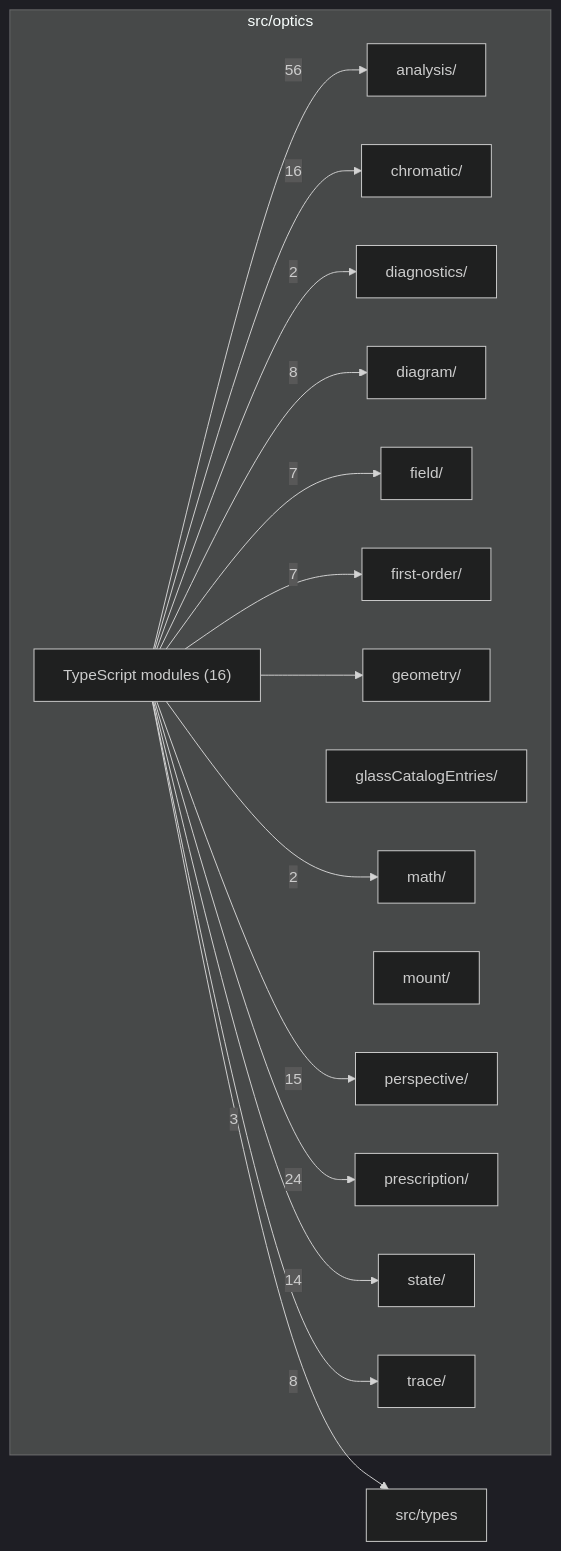
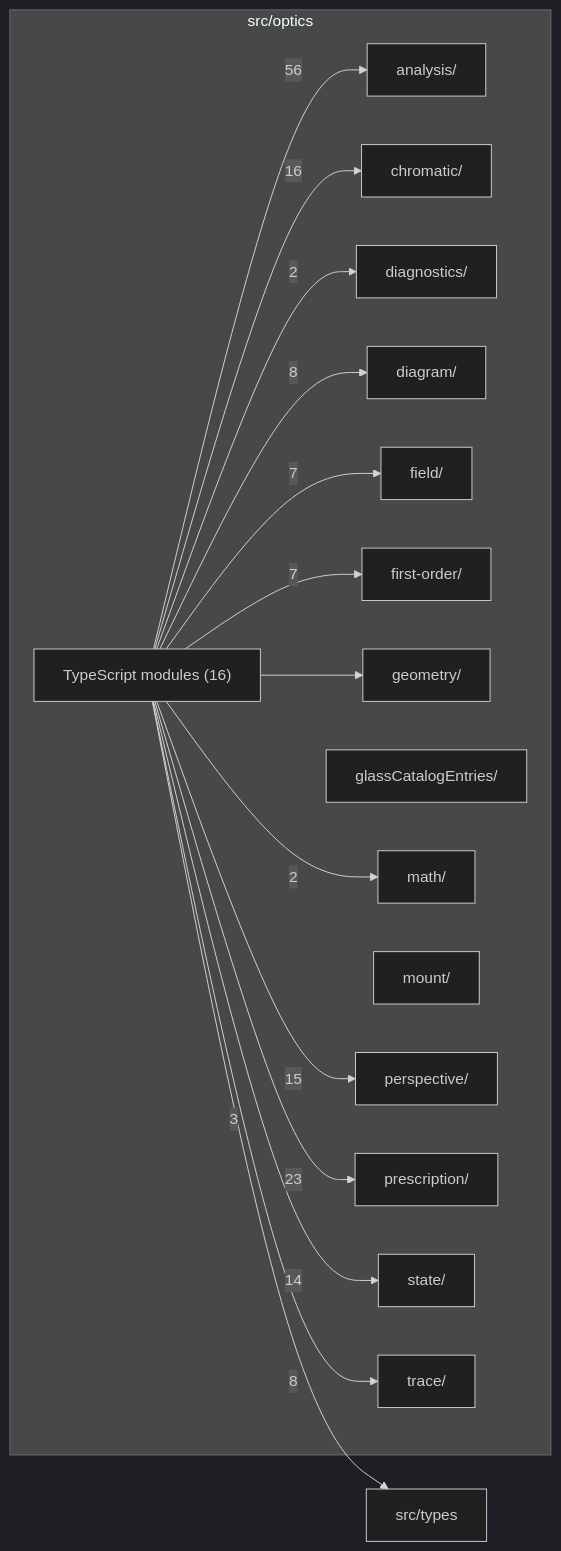
The diagram in src/optics/readme.md (ronbuening/LensVisualizer), drawn with Mermaid (dark theme) before and after one commit. The commit also changed other lines of this file and 52 other files, not shown here.

````diff
--- a/src/optics/readme.md
+++ b/src/optics/readme.md
@@ -9,34 +9,34 @@
 ```mermaid
 flowchart LR
   subgraph n_src_optics["src/optics"]
     n_src_optics_src_optics_analysis["analysis/"]
     n_src_optics_src_optics_chromatic["chromatic/"]
     n_src_optics_src_optics_diagnostics["diagnostics/"]
     n_src_optics_src_optics_diagram["diagram/"]
     n_src_optics_src_optics_field["field/"]
     n_src_optics_src_optics_first_order["first-order/"]
     n_src_optics_src_optics_geometry["geometry/"]
     n_src_optics_src_optics_glassCatalogEntries["glassCatalogEntries/"]
     n_src_optics_src_optics_math["math/"]
     n_src_optics_src_optics_mount["mount/"]
     n_src_optics_src_optics_perspective["perspective/"]
     n_src_optics_src_optics_prescription["prescription/"]
     n_src_optics_src_optics_state["state/"]
     n_src_optics_src_optics_trace["trace/"]
     n_src_optics_TypeScript_modules["TypeScript modules (16)"]
   end
   n_external_src_types["src/types"]
   n_src_optics_TypeScript_modules --> |56| n_src_optics_src_optics_analysis
-  n_src_optics_TypeScript_modules --> |24| n_src_optics_src_optics_prescription
+  n_src_optics_TypeScript_modules --> |23| n_src_optics_src_optics_prescription
   n_src_optics_TypeScript_modules --> |16| n_src_optics_src_optics_chromatic
   n_src_optics_TypeScript_modules --> |15| n_src_optics_src_optics_perspective
   n_src_optics_TypeScript_modules --> |14| n_src_optics_src_optics_state
   n_src_optics_TypeScript_modules --> |8| n_src_optics_src_optics_diagram
   n_src_optics_TypeScript_modules --> |8| n_src_optics_src_optics_trace
   n_src_optics_TypeScript_modules --> |7| n_src_optics_src_optics_field
   n_src_optics_TypeScript_modules --> |7| n_src_optics_src_optics_first_order
   n_src_optics_TypeScript_modules --> |3| n_external_src_types
   n_src_optics_TypeScript_modules --> |2| n_src_optics_src_optics_diagnostics
   n_src_optics_TypeScript_modules --> |2| n_src_optics_src_optics_math
   n_src_optics_TypeScript_modules --> n_src_optics_src_optics_geometry
 ```
````
